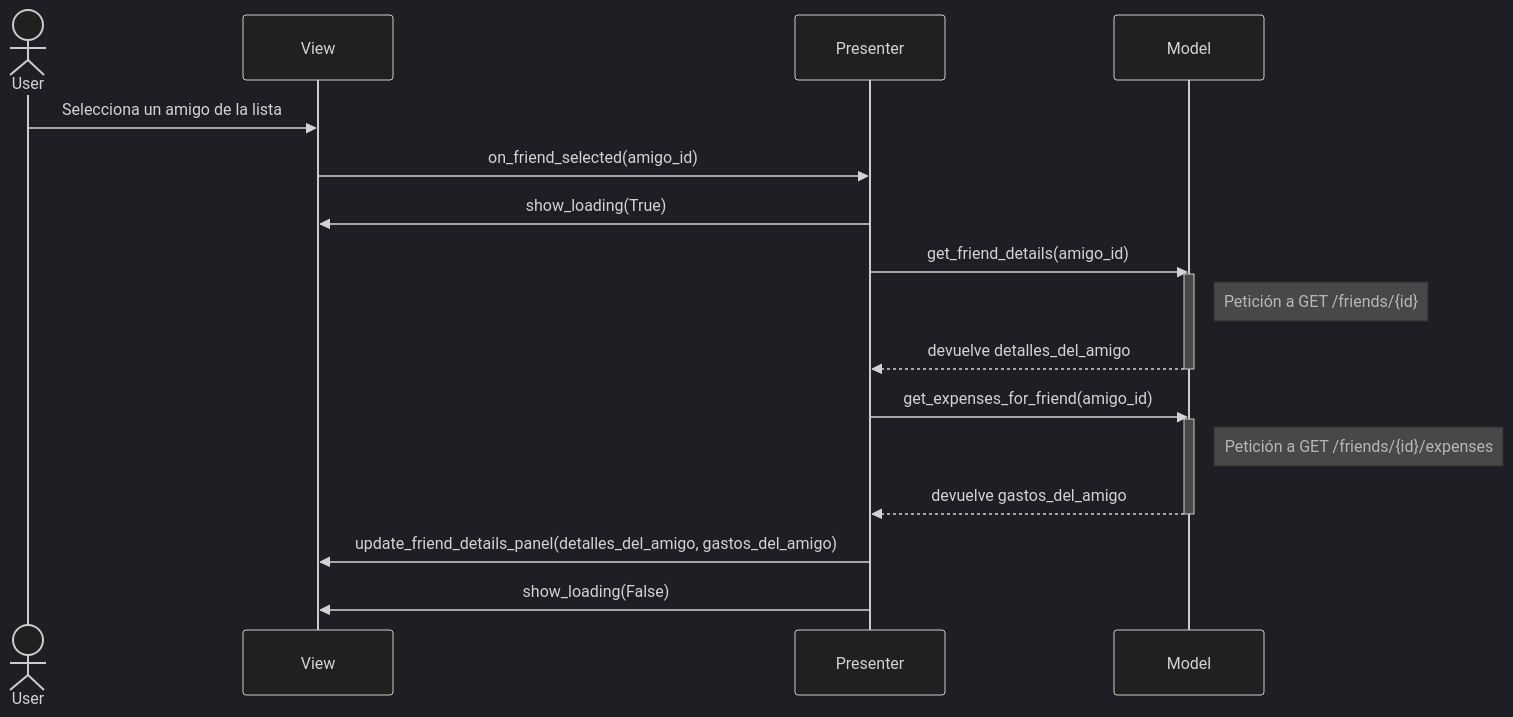
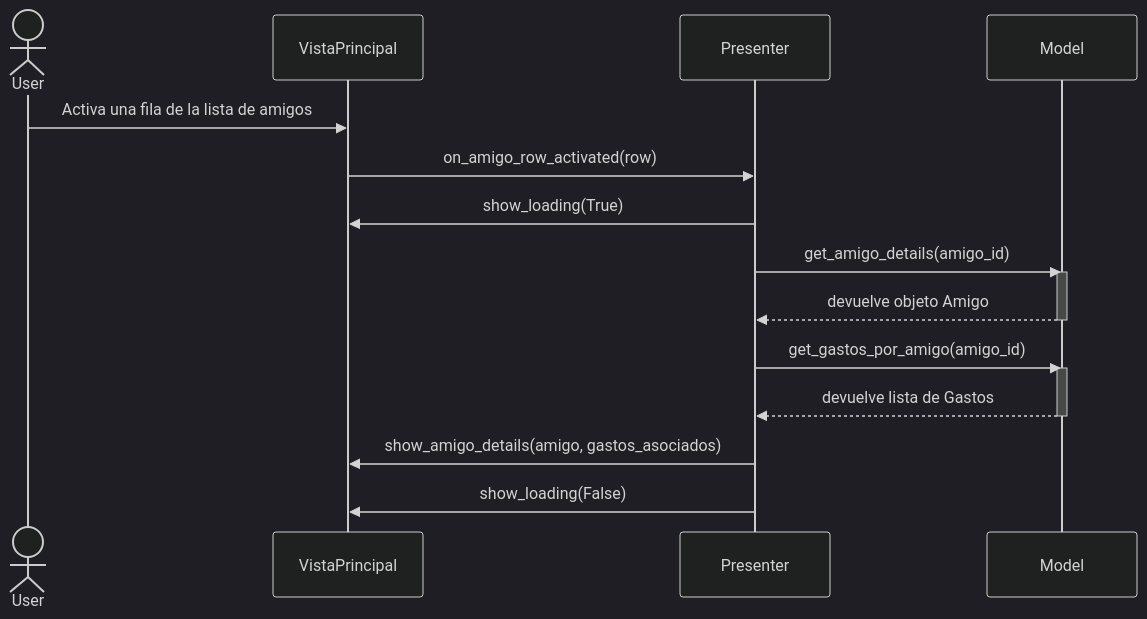
One commit to pablofernandezz/hmi-desktop-app changed the sixth of 6 diagrams in diseño_sw.md. Above: the diagram before and after it, drawn with Mermaid (dark theme). The commit also changed other lines of this file and 1 other file, not shown here.

Commit message:
Corrección pantallas de carga y diagramas corregidos y finalizados.

````diff
--- a/diseño_sw.md
+++ b/diseño_sw.md
@@ -263,27 +264,25 @@
 ```mermaid
 sequenceDiagram
     actor User
-    participant View
+    participant VistaPrincipal
     participant Presenter
     participant Model
 
-    User->>View: Selecciona un amigo de la lista
-    View->>Presenter: on_friend_selected(amigo_id)
+    User->>VistaPrincipal: Activa una fila de la lista de amigos
+    VistaPrincipal->>Presenter: on_amigo_row_activated(row)
 
-    Presenter->>View: show_loading(True)
+    Presenter->>VistaPrincipal: show_loading(True)
 
-    Presenter->>Model: get_friend_details(amigo_id)
+    Presenter->>Model: get_amigo_details(amigo_id)
     activate Model
-    Note right of Model: Petición a GET /friends/{id}
-    Model-->>Presenter: devuelve detalles_del_amigo
+    Model-->>Presenter: devuelve objeto Amigo
     deactivate Model
 
-    Presenter->>Model: get_expenses_for_friend(amigo_id)
+    Presenter->>Model: get_gastos_por_amigo(amigo_id)
     activate Model
-    Note right of Model: Petición a GET /friends/{id}/expenses
-    Model-->>Presenter: devuelve gastos_del_amigo
+    Model-->>Presenter: devuelve lista de Gastos
     deactivate Model
 
-    Presenter->>View: update_friend_details_panel(detalles_del_amigo, gastos_del_amigo)
-    Presenter->>View: show_loading(False)
+    Presenter->>VistaPrincipal: show_amigo_details(amigo, gastos_asociados)
+    Presenter->>VistaPrincipal: show_loading(False)
 ```
````
